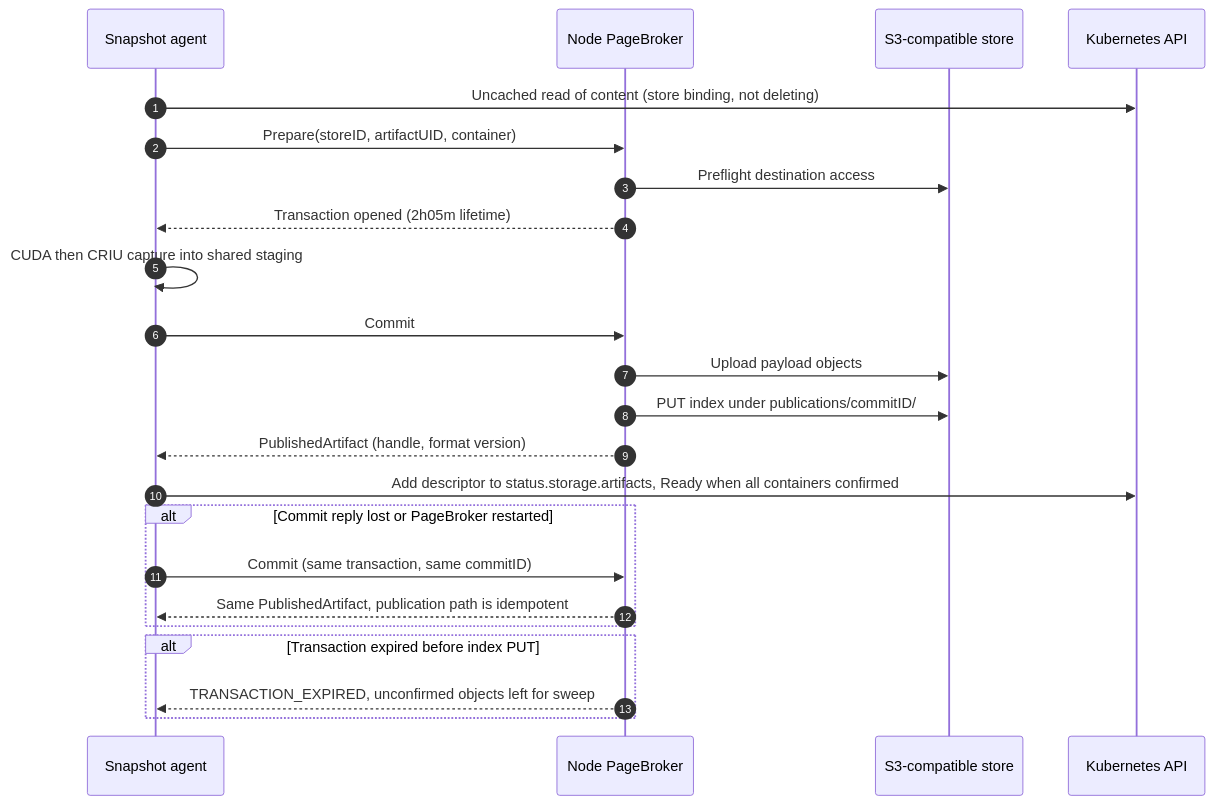
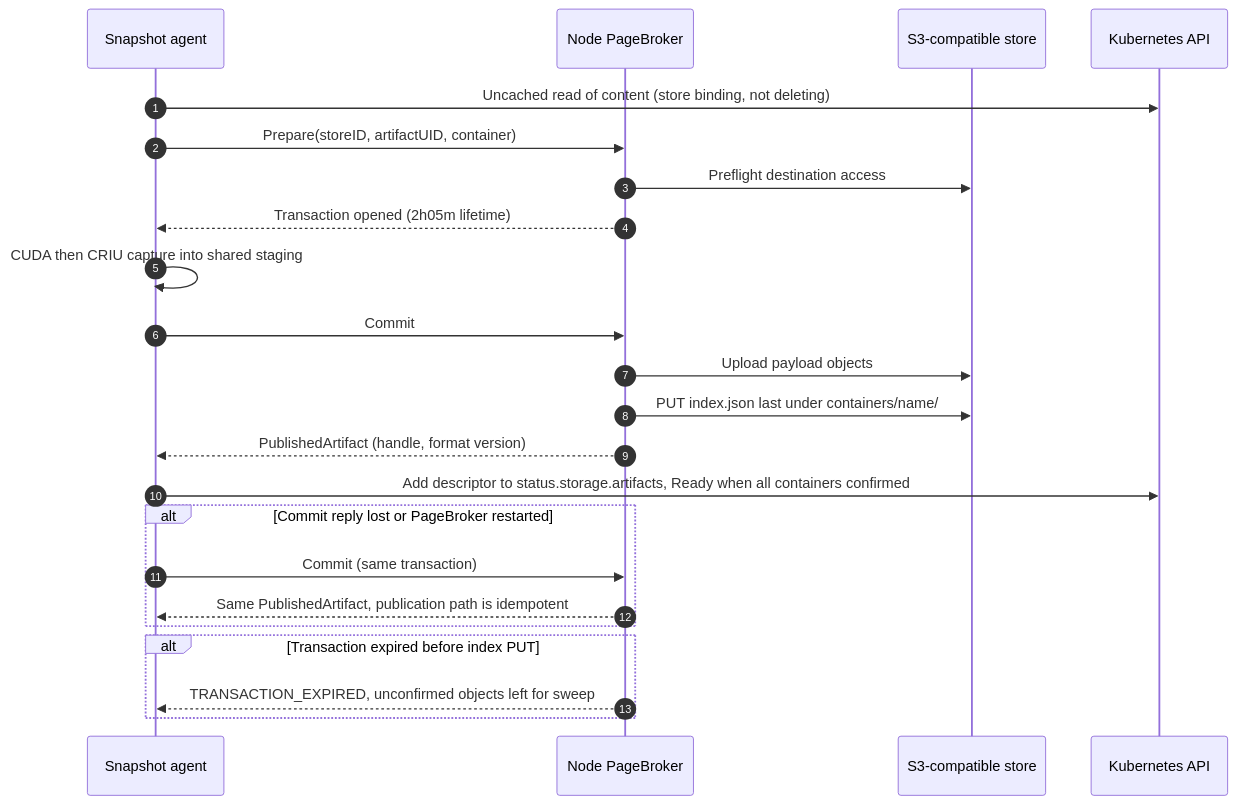
One commit to AlanFokCo/snapshot changed the second of 4 diagrams in docs/proposals/237-s3-storage/README.md. Above: the diagram before and after it, drawn with Mermaid. The commit also changed other lines of this file, not shown here.

First line of the commit message:
docs(SNEP-237): drop recover-metadata and take commitID out of the object path

````diff
--- a/docs/proposals/237-s3-storage/README.md
+++ b/docs/proposals/237-s3-storage/README.md
@@ -119,25 +119,25 @@
 ```mermaid
 sequenceDiagram
     autonumber
     participant Agent as Snapshot agent
     participant PB as Node PageBroker
     participant S3 as S3-compatible store
     participant API as Kubernetes API
     Agent->>API: Uncached read of content (store binding, not deleting)
     Agent->>PB: Prepare(storeID, artifactUID, container)
     PB->>S3: Preflight destination access
     PB-->>Agent: Transaction opened (2h05m lifetime)
     Agent->>Agent: CUDA then CRIU capture into shared staging
     Agent->>PB: Commit
     PB->>S3: Upload payload objects
-    PB->>S3: PUT index under publications/commitID/
+    PB->>S3: PUT index.json last under containers/name/
     PB-->>Agent: PublishedArtifact (handle, format version)
     Agent->>API: Add descriptor to status.storage.artifacts, Ready when all containers confirmed
     alt Commit reply lost or PageBroker restarted
-        Agent->>PB: Commit (same transaction, same commitID)
+        Agent->>PB: Commit (same transaction)
         PB-->>Agent: Same PublishedArtifact, publication path is idempotent
     end
     alt Transaction expired before index PUT
         PB-->>Agent: TRANSACTION_EXPIRED, unconfirmed objects left for sweep
     end
 ```
````
